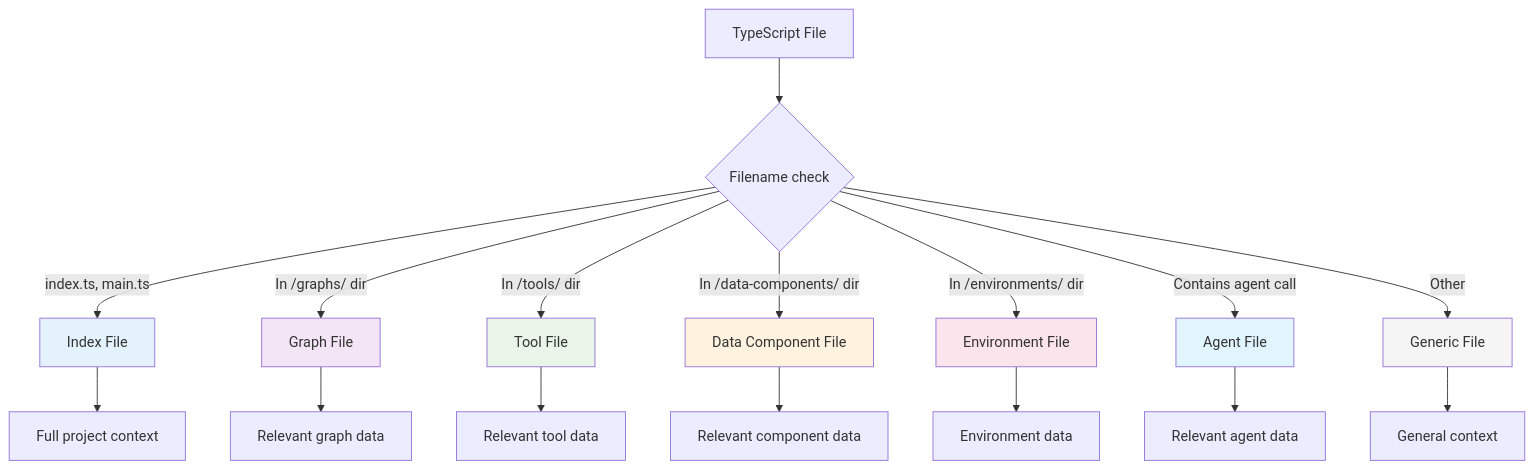
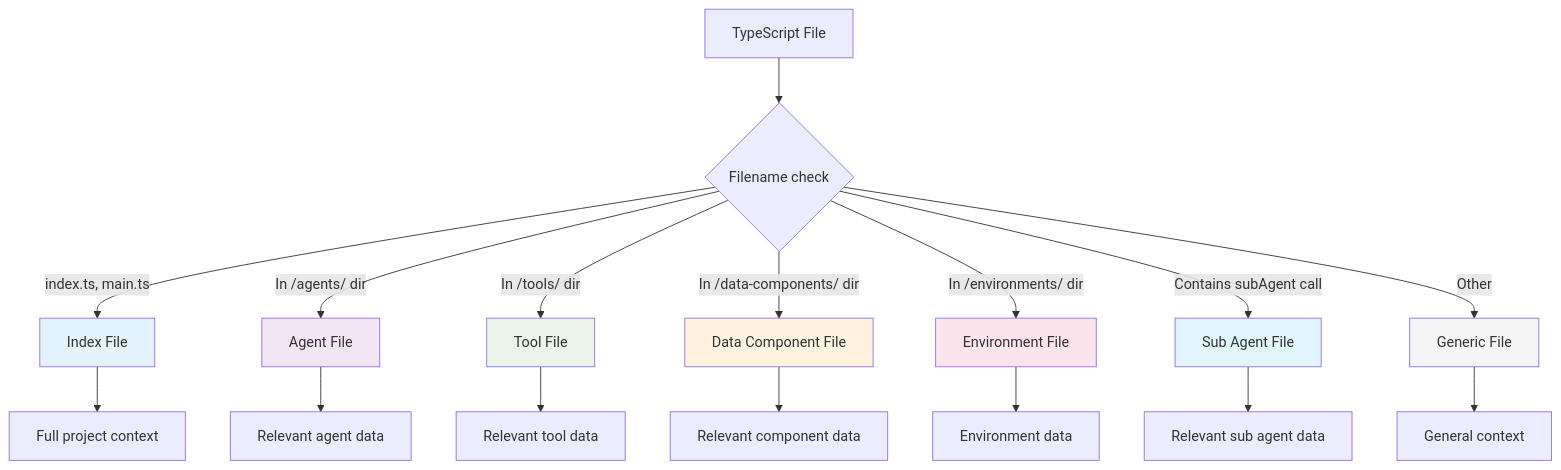
Before and after one commit to inkeep/agents: the fourth of 8 diagrams in agents-docs/content/docs/typescript-sdk/push-pull-workflows.mdx, drawn with Mermaid. The commit also changed other lines of this file and 12 other files, not shown here.

Commit message:
Our naming changes: Graph->Agent, Agent->SubAgent

````diff
--- a/agents-docs/content/docs/typescript-sdk/push-pull-workflows.mdx
+++ b/agents-docs/content/docs/typescript-sdk/push-pull-workflows.mdx
@@ -184,28 +184,28 @@
 ```mermaid
 graph TD
     A[TypeScript File] --> B{Filename check}
 
     B -->|index.ts, main.ts| C[Index File]
-    B -->|In /graphs/ dir| D[Graph File]
+    B -->|In /agents/ dir| D[Agent File]
     B -->|In /tools/ dir| E[Tool File]
     B -->|In /data-components/ dir| F[Data Component File]
     B -->|In /environments/ dir| G[Environment File]
-    B -->|Contains agent call| H[Agent File]
+    B -->|Contains subAgent call| H[Sub Agent File]
     B -->|Other| I[Generic File]
 
     C --> J[Full project context]
-    D --> K[Relevant graph data]
+    D --> K[Relevant agent data]
     E --> L[Relevant tool data]
     F --> M[Relevant component data]
     G --> N[Environment data]
-    H --> O[Relevant agent data]
+    H --> O[Relevant sub agent data]
     I --> P[General context]
 
     style C fill:#e3f2fd
     style D fill:#f3e5f5
     style E fill:#e8f5e8
     style F fill:#fff3e0
     style G fill:#fce4ec
     style H fill:#e1f5fe
     style I fill:#f5f5f5
 ```
````
